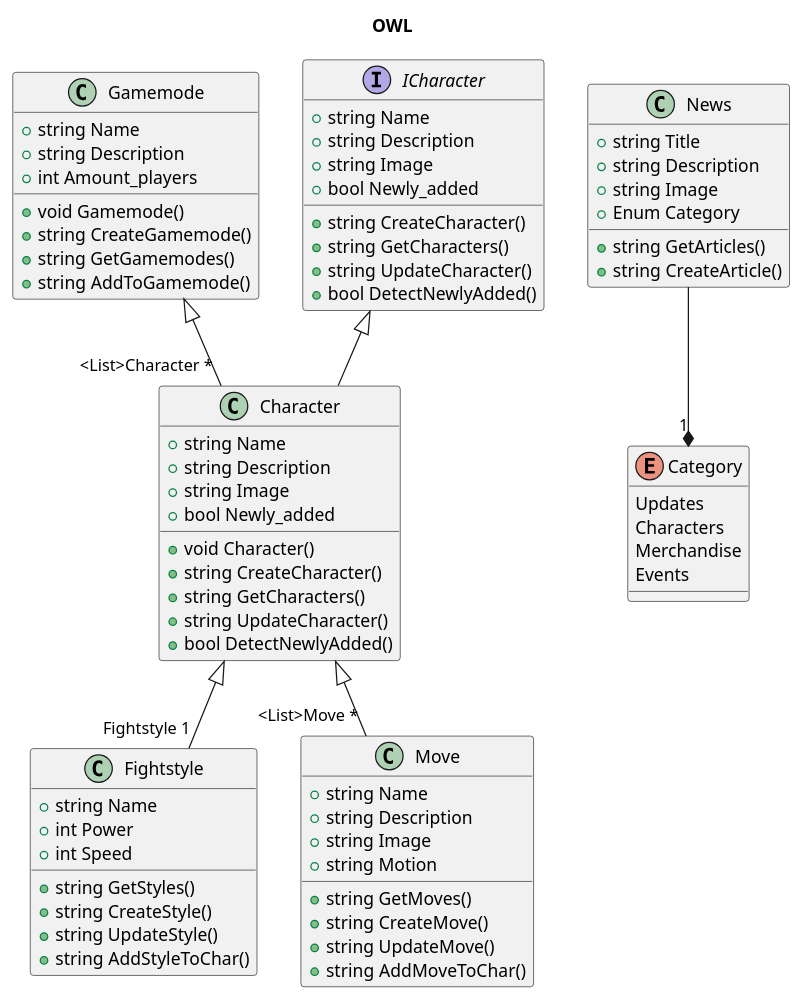
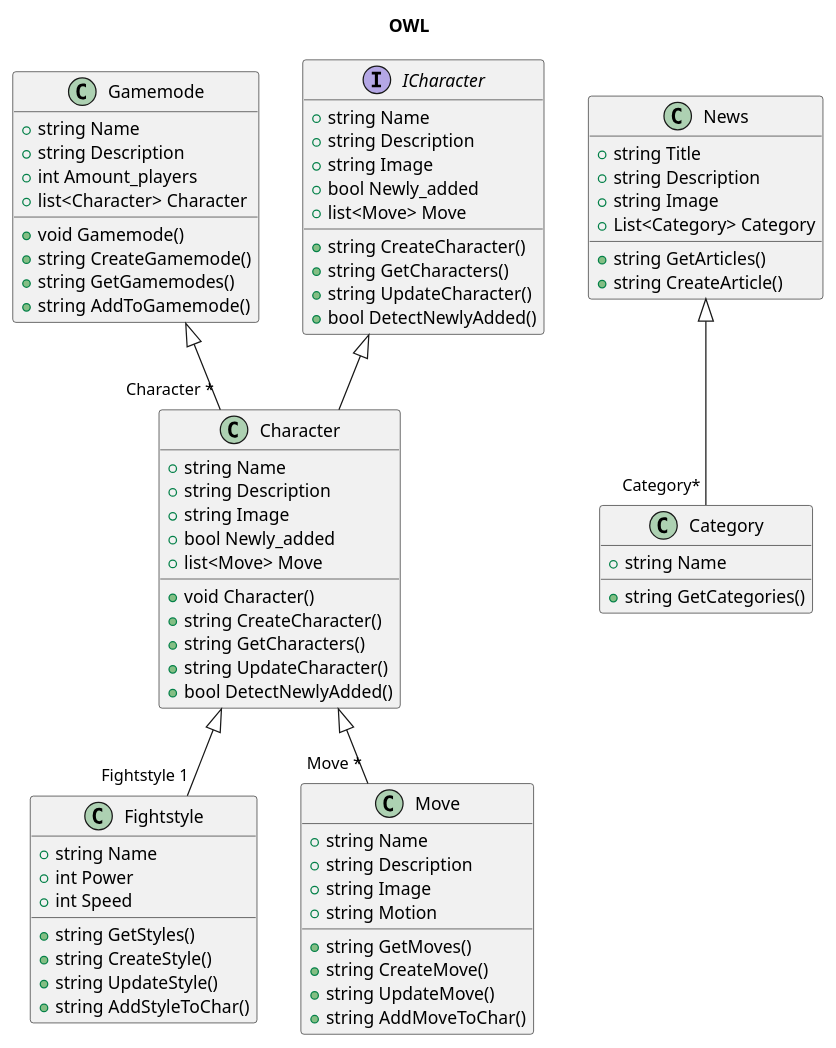
One commit to FreeGilio/Owlsite changed the diagram in diagram.puml. Above: the diagram before and after it, drawn with PlantUML. The commit also changed 147 other files, not shown here.

```diff
--- a/diagram.puml
+++ b/diagram.puml
@@ -1,88 +1,90 @@
 @startuml OWL
 
 title OWL
 
 class Gamemode {
     + string Name
     + string Description
     + int Amount_players
+    + list<Character> Character
 
     + void Gamemode()
     + string CreateGamemode()
     + string GetGamemodes()
     + string AddToGamemode()
 }
 
 
 class Character {
     + string Name
     + string Description
     + string Image
     + bool Newly_added
+    + list<Move> Move
 
     + void Character()
     + string CreateCharacter()
     + string GetCharacters()
     + string UpdateCharacter()
     + bool DetectNewlyAdded()
 }
 
 Interface ICharacter {
     + string Name
     + string Description
     + string Image
     + bool Newly_added
+    + list<Move> Move
 
     + string CreateCharacter()
     + string GetCharacters()
     + string UpdateCharacter()
     + bool DetectNewlyAdded()
 }
 
 class Fightstyle {
     + string Name
     + int Power
     + int Speed
 
     + string GetStyles()
     + string CreateStyle()
     + string UpdateStyle()
     + string AddStyleToChar()
 }
 
 class Move {
     + string Name
     + string Description
     + string Image
     + string Motion
 
     + string GetMoves()
     + string CreateMove()
     + string UpdateMove()
     + string AddMoveToChar()
 }
 
 class News {
     + string Title
     + string Description
     + string Image
-    + Enum Category
+    + List<Category> Category
 
     + string GetArticles()
     + string CreateArticle()
 }
 
-enum Category {
-    Updates
-    Characters
-    Merchandise
-    Events
+class Category {
+    + string Name
+
+    + string GetCategories()
 }
 
-Character <|-- "<List>Move *" Move
+Character <|-- "Move *" Move
 Character <|-- "Fightstyle 1" Fightstyle
-News --* "1" Category
-Gamemode <|-- "<List>Character *" Character
+News <|-- "Category*" Category
+Gamemode <|-- "Character *" Character
 ICharacter <|--  Character
 
 @enduml
```
